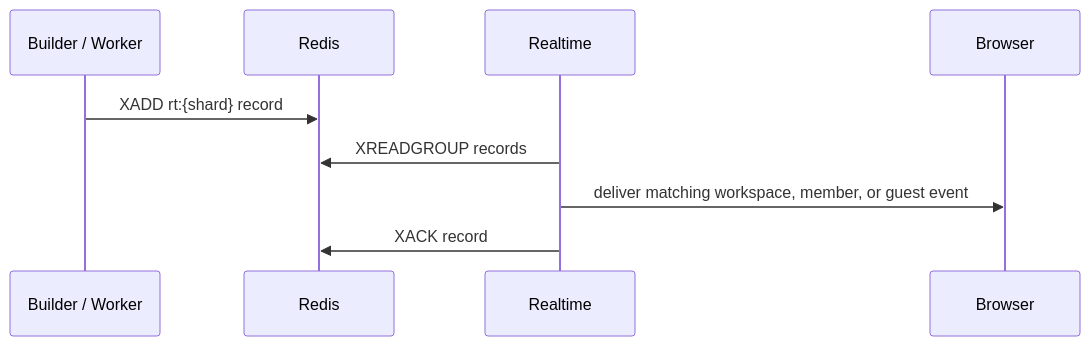
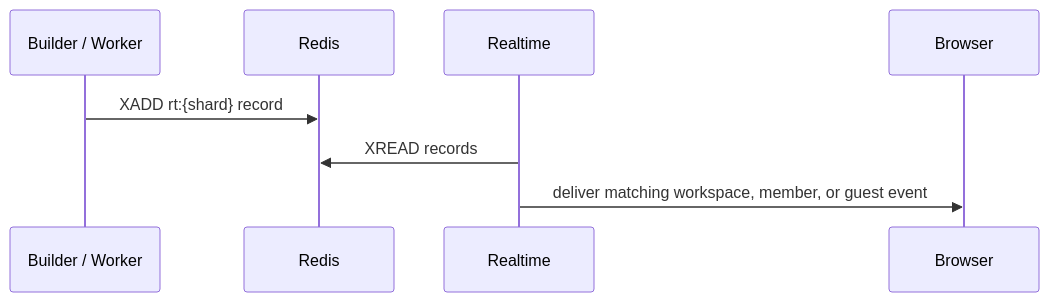
One commit to ChatbotXIO/ChatbotX changed the diagram in docs/websocket.md. Above: the diagram before and after it, drawn with Mermaid. The commit also changed 25 other files, not shown here.

````diff
--- a/docs/websocket.md
+++ b/docs/websocket.md
@@ -8,12 +8,11 @@
 ```mermaid
 sequenceDiagram
   participant Publisher as Builder / Worker
   participant Redis
   participant Realtime
   participant Browser
 
   Publisher->>Redis: XADD rt:{shard} record
-  Realtime->>Redis: XREADGROUP records
+  Realtime->>Redis: XREAD records
   Realtime->>Browser: deliver matching workspace, member, or guest event
-  Realtime->>Redis: XACK record
 ```
````
